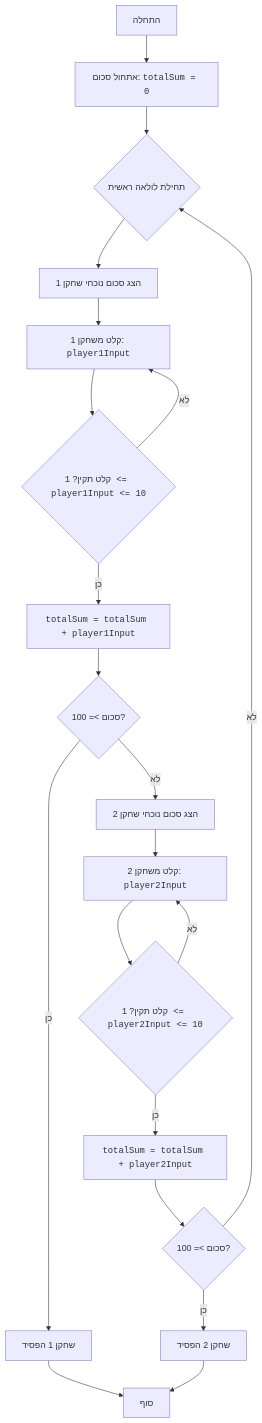
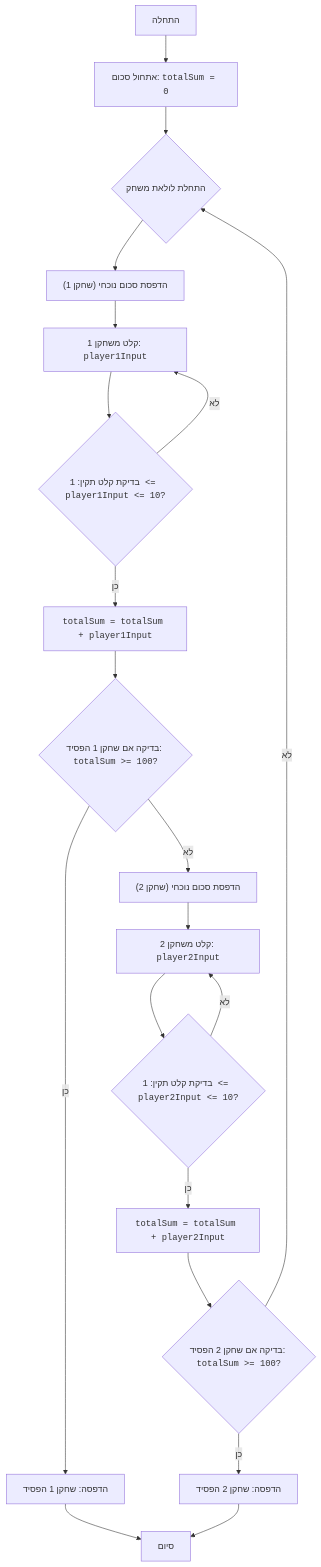
Before and after one commit to hypo69/hypo: the diagram in docs/gemini/he/explainer/src/endpoints/ai_games/101_basic_computer_games/ru/GAMES/BATNUM/batnum.py.md, drawn with Mermaid. The commit also changed other lines of this file and 885 other files, not shown here.

````diff
--- a/docs/gemini/he/explainer/src/endpoints/ai_games/101_basic_computer_games/ru/GAMES/BATNUM/batnum.py.md
+++ b/docs/gemini/he/explainer/src/endpoints/ai_games/101_basic_computer_games/ru/GAMES/BATNUM/batnum.py.md
@@ -49,22 +47,22 @@
 ```mermaid
 flowchart TD
     Start["התחלה"] --> InitializeSum["אתחול סכום: <code>totalSum = 0</code>"]
-    InitializeSum --> GameLoopStart{"תחילת לולאה ראשית"}
-    GameLoopStart --> OutputCurrentSum1["הצג סכום נוכחי שחקן 1"]
+    InitializeSum --> GameLoopStart{"התחלת לולאת משחק"}
+    GameLoopStart --> OutputCurrentSum1["הדפסת סכום נוכחי (שחקן 1)"]
     OutputCurrentSum1 --> InputPlayer1["קלט משחקן 1: <code>player1Input</code>"]
-    InputPlayer1 --> ValidateInput1{"קלט תקין? <code>1 <= player1Input <= 10</code>"}
+    InputPlayer1 --> ValidateInput1{"בדיקת קלט תקין: <code>1 <= player1Input <= 10</code>?"}
     ValidateInput1 -- לא --> InputPlayer1
     ValidateInput1 -- כן --> AddInput1["<code>totalSum = totalSum + player1Input</code>"]
-    AddInput1 --> CheckSum1{"סכום >= 100?"}
-    CheckSum1 -- כן --> OutputPlayer1Lose["שחקן 1 הפסיד"]
-    OutputPlayer1Lose --> End["סוף"]
-    CheckSum1 -- לא --> OutputCurrentSum2["הצג סכום נוכחי שחקן 2"]
+    AddInput1 --> CheckSum1{"בדיקה אם שחקן 1 הפסיד: <code>totalSum >= 100</code>?"}
+    CheckSum1 -- כן --> OutputPlayer1Lose["הדפסה: שחקן 1 הפסיד"]
+    OutputPlayer1Lose --> End["סיום"]
+    CheckSum1 -- לא --> OutputCurrentSum2["הדפסת סכום נוכחי (שחקן 2)"]
     OutputCurrentSum2 --> InputPlayer2["קלט משחקן 2: <code>player2Input</code>"]
-    InputPlayer2 --> ValidateInput2{"קלט תקין? <code>1 <= player2Input <= 10</code>"}
-     ValidateInput2 -- לא --> InputPlayer2
+    InputPlayer2 --> ValidateInput2{"בדיקת קלט תקין: <code>1 <= player2Input <= 10</code>?"}
+    ValidateInput2 -- לא --> InputPlayer2
     ValidateInput2 -- כן --> AddInput2["<code>totalSum = totalSum + player2Input</code>"]
-    AddInput2 --> CheckSum2{"סכום >= 100?"}
-    CheckSum2 -- כן --> OutputPlayer2Lose["שחקן 2 הפסיד"]
+    AddInput2 --> CheckSum2{"בדיקה אם שחקן 2 הפסיד: <code>totalSum >= 100</code>?"}
+    CheckSum2 -- כן --> OutputPlayer2Lose["הדפסה: שחקן 2 הפסיד"]
     OutputPlayer2Lose --> End
-     CheckSum2 -- לא --> GameLoopStart
+    CheckSum2 -- לא --> GameLoopStart
 ```
````
